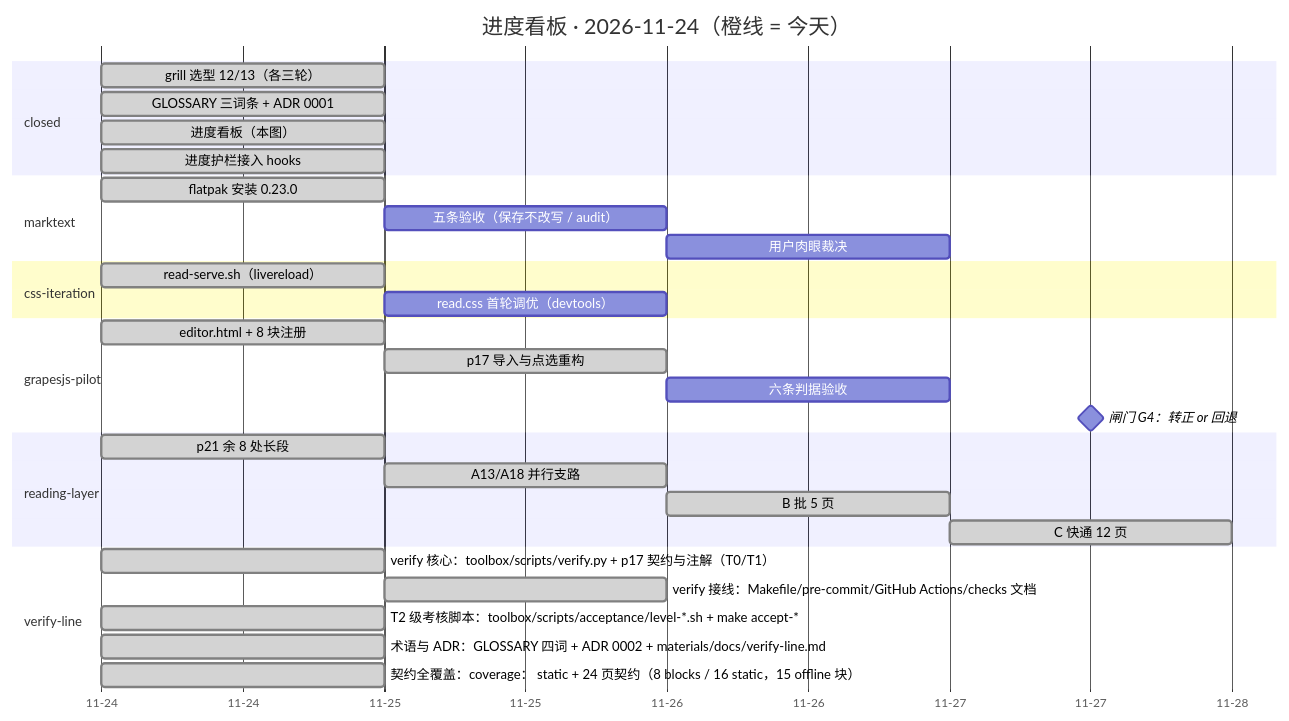
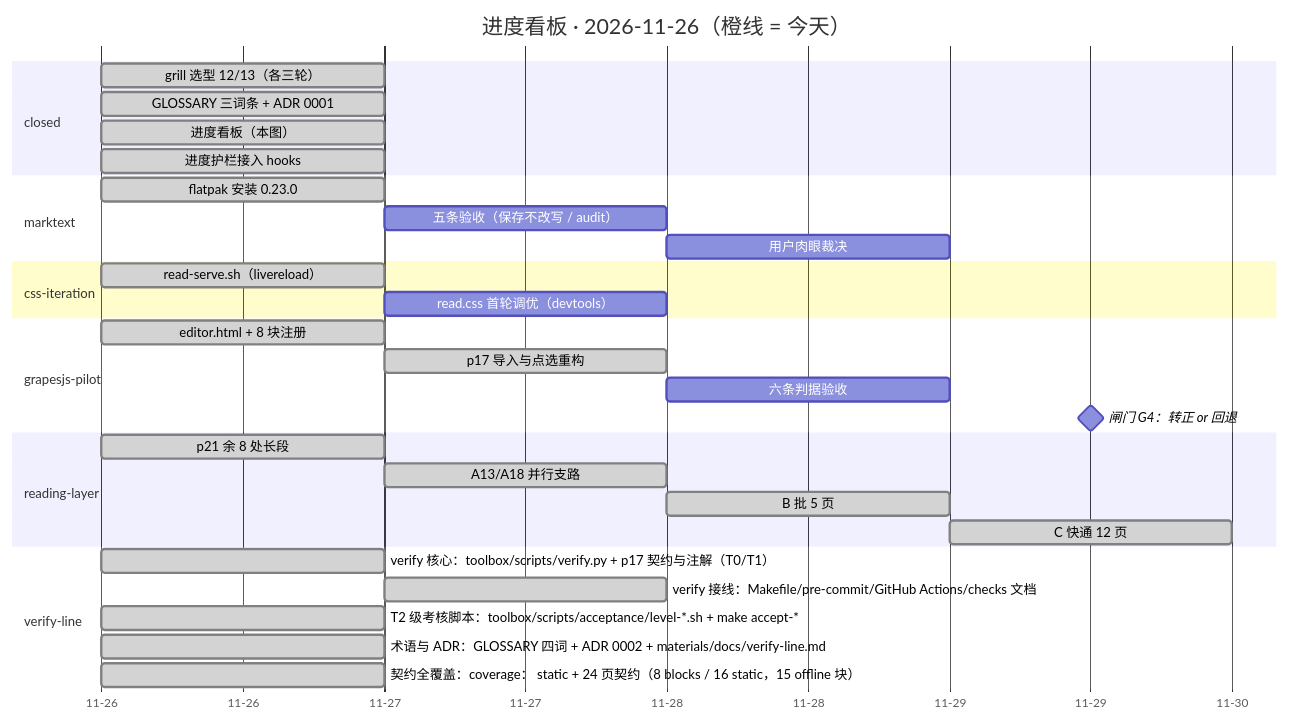
The diagram in materials/humen-desicions/14-progress-gantt.md (ZhenSiRong/DSWS), drawn with Mermaid before and after one commit. The commit also changed 19 other files, not shown here.

````diff
--- a/materials/humen-desicions/14-progress-gantt.md
+++ b/materials/humen-desicions/14-progress-gantt.md
@@ -11,41 +11,41 @@
 ```mermaid
 gantt
-    title 进度看板 · 2026-11-24（橙线 = 今天）
+    title 进度看板 · 2026-11-26（橙线 = 今天）
     dateFormat YYYY-MM-DD
     axisFormat %m-%d
     todayMarker stroke-width:3px,stroke:#e65100
 
     section closed
-    grill 选型 12/13（各三轮）        :done, s1, 2026-11-24, 1d
-    GLOSSARY 三词条 + ADR 0001        :done, s2, 2026-11-24, 1d
-    进度看板（本图）        :done, s3, 2026-11-24, 1d
-    进度护栏接入 hooks        :done, s4, 2026-11-24, 1d
+    grill 选型 12/13（各三轮）        :done, s1, 2026-11-26, 1d
+    GLOSSARY 三词条 + ADR 0001        :done, s2, 2026-11-26, 1d
+    进度看板（本图）        :done, s3, 2026-11-26, 1d
+    进度护栏接入 hooks        :done, s4, 2026-11-26, 1d
 
     section marktext
-    flatpak 安装 0.23.0        :done, m1, 2026-11-24, 1d
+    flatpak 安装 0.23.0        :done, m1, 2026-11-26, 1d
     五条验收（保存不改写 / audit）        :m2, after m1, 1d
     用户肉眼裁决        :m3, after m2, 1d
 
     section css-iteration
-    read-serve.sh（livereload）        :done, c1, 2026-11-24, 1d
+    read-serve.sh（livereload）        :done, c1, 2026-11-26, 1d
     read.css 首轮调优（devtools）        :c2, after c1, 1d
 
     section grapesjs-pilot
-    editor.html + 8 块注册        :done, g1, 2026-11-24, 1d
+    editor.html + 8 块注册        :done, g1, 2026-11-26, 1d
     p17 导入与点选重构        :done, g2, after g1, 1d
     六条判据验收        :g3, after g2, 1d
     闸门 G4：转正 or 回退        :milestone, g4, after g3, 1d
 
     section reading-layer
-    p21 余 8 处长段        :done, r1, 2026-11-24, 1d
+    p21 余 8 处长段        :done, r1, 2026-11-26, 1d
     A13/A18 并行支路        :done, r2, after r1, 1d
     B 批 5 页        :done, r3, after r2, 1d
     C 快通 12 页        :done, r4, after r3, 1d
 
     section verify-line
-    verify 核心：toolbox/scripts/verify.py + p17 契约与注解（T0/T1）        :done, v1, 2026-11-24, 1d
+    verify 核心：toolbox/scripts/verify.py + p17 契约与注解（T0/T1）        :done, v1, 2026-11-26, 1d
     verify 接线：Makefile/pre-commit/GitHub Actions/checks 文档        :done, v2, after v1, 1d
-    T2 级考核脚本：toolbox/scripts/acceptance/level-*.sh + make accept-*        :done, v3, 2026-11-24, 1d
-    术语与 ADR：GLOSSARY 四词 + ADR 0002 + materials/docs/verify-line.md        :done, v4, 2026-11-24, 1d
-    契约全覆盖：coverage： static + 24 页契约（8 blocks / 16 static，15 offline 块）        :done, v5, 2026-11-24, 1d
+    T2 级考核脚本：toolbox/scripts/acceptance/level-*.sh + make accept-*        :done, v3, 2026-11-26, 1d
+    术语与 ADR：GLOSSARY 四词 + ADR 0002 + materials/docs/verify-line.md        :done, v4, 2026-11-26, 1d
+    契约全覆盖：coverage： static + 24 页契约（8 blocks / 16 static，15 offline 块）        :done, v5, 2026-11-26, 1d
 ```
````
